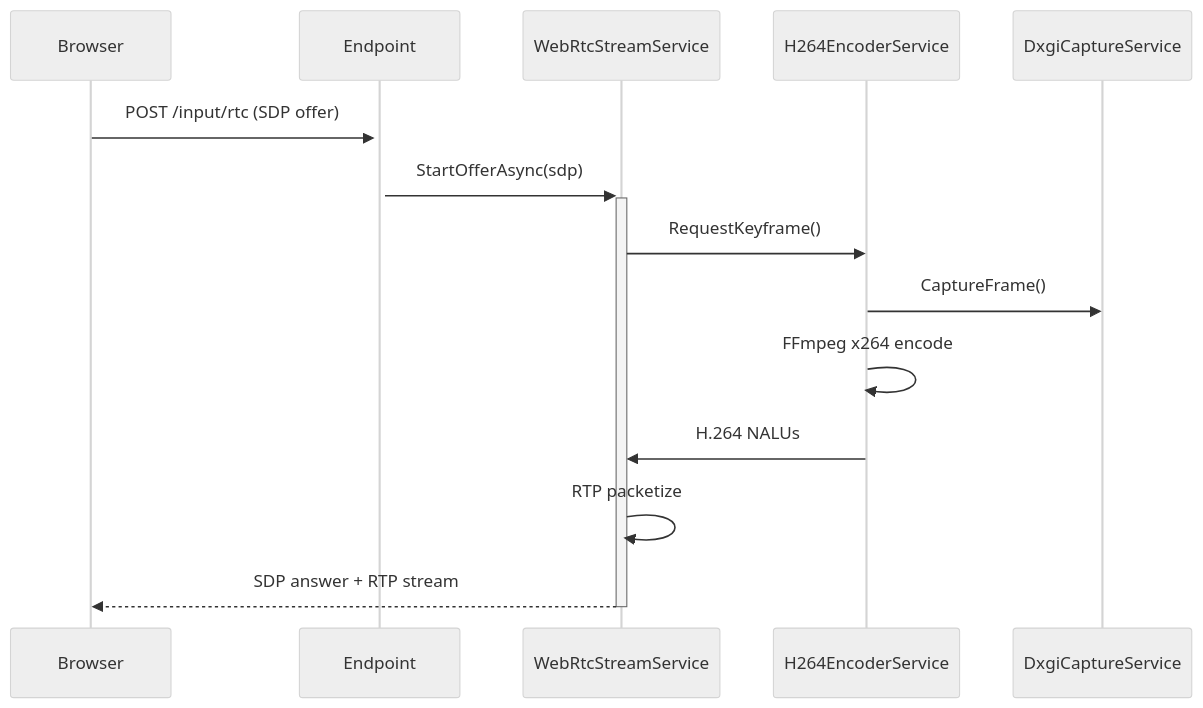
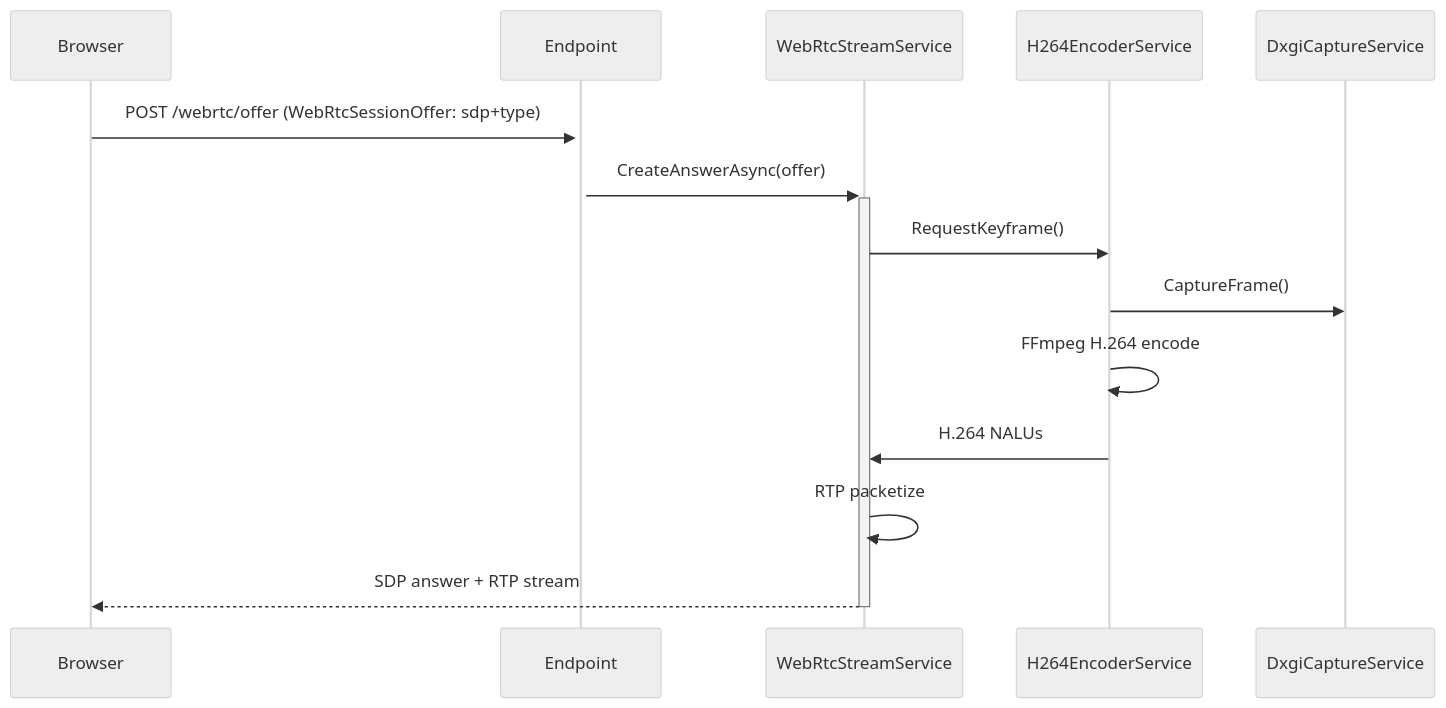
The second of 2 diagrams in VirtualWebDisplay/Flujos/Flujo de Captura y Streaming.md (quiro90/VirtualWebDisplay), drawn with Mermaid (neutral theme) before and after one commit. The commit also changed 24 other files, not shown here.

````diff
--- a/VirtualWebDisplay/Flujos/Flujo de Captura y Streaming.md
+++ b/VirtualWebDisplay/Flujos/Flujo de Captura y Streaming.md
@@ -29,11 +29,11 @@
 ```mermaid
 sequenceDiagram
-    Browser->>+Endpoint: POST /input/rtc (SDP offer)
-    Endpoint->>+WebRtcStreamService: StartOfferAsync(sdp)
+    Browser->>+Endpoint: POST /webrtc/offer (WebRtcSessionOffer: sdp+type)
+    Endpoint->>+WebRtcStreamService: CreateAnswerAsync(offer)
     WebRtcStreamService->>H264EncoderService: RequestKeyframe()
     H264EncoderService->>DxgiCaptureService: CaptureFrame()
-    H264EncoderService->>H264EncoderService: FFmpeg x264 encode
+    H264EncoderService->>H264EncoderService: FFmpeg H.264 encode
     H264EncoderService->>WebRtcStreamService: H.264 NALUs
     WebRtcStreamService->>WebRtcStreamService: RTP packetize
     WebRtcStreamService-->>-Browser: SDP answer + RTP stream
 ```
````
